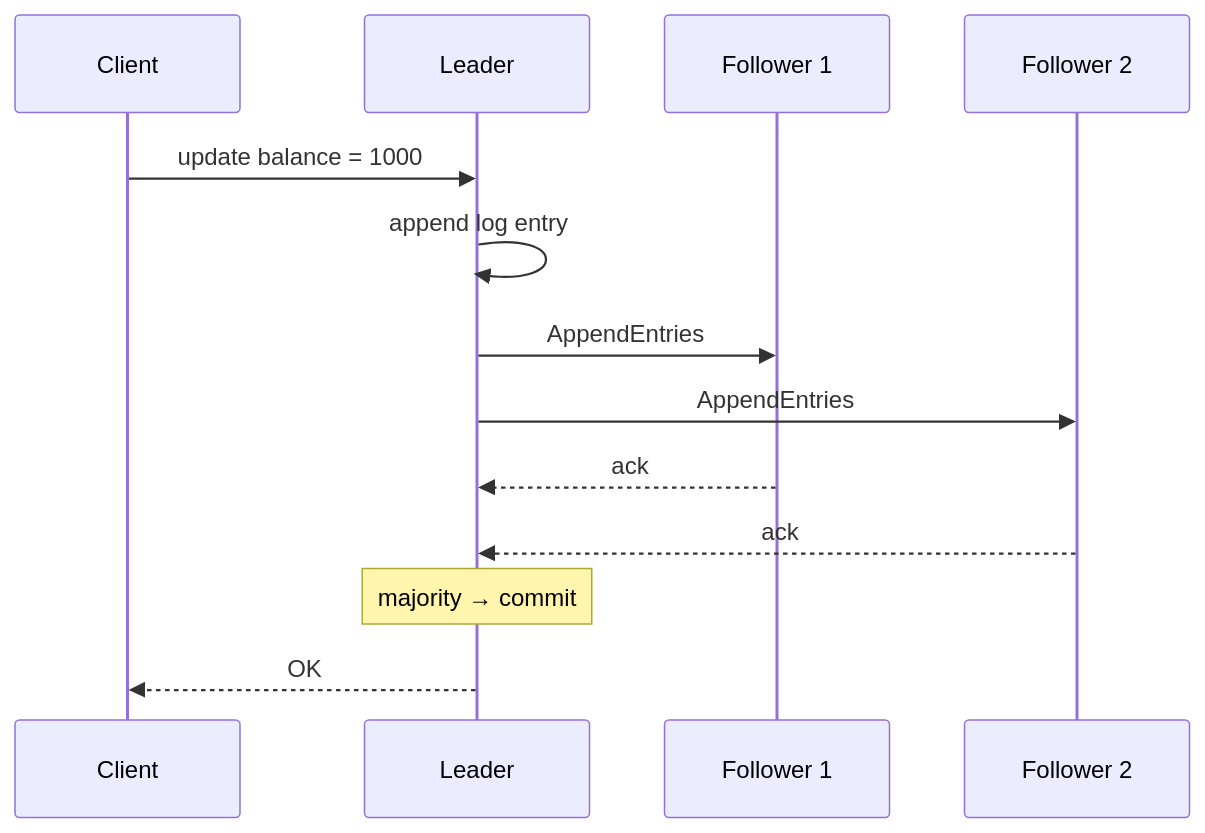
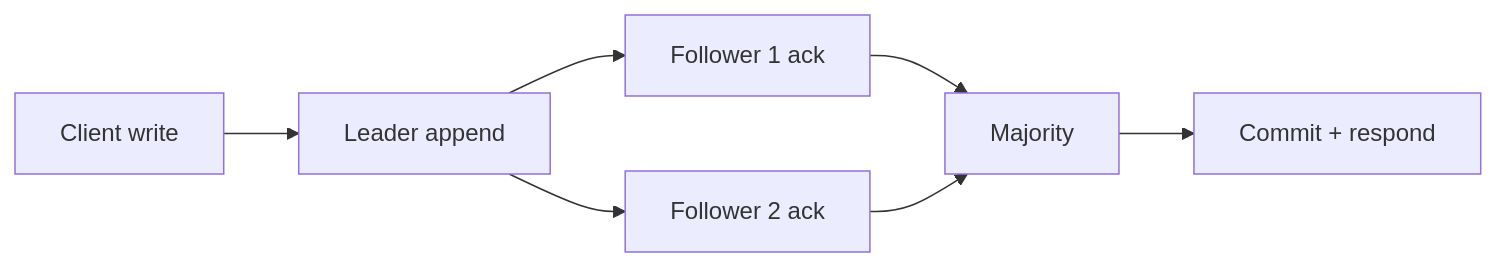
Before and after one commit to hareramcse/SystemDesign: diagram 36 of 43 in 05-distributed-databases/README.md, drawn with Mermaid. The commit also changed other lines of this file and 14 other files, not shown here.

````diff
--- a/05-distributed-databases/README.md
+++ b/05-distributed-databases/README.md
@@ -4548,15 +2426,9 @@
 ```mermaid
-sequenceDiagram
-    participant C as Client
-    participant L as Leader
-    participant F1 as Follower 1
-    participant F2 as Follower 2
-    C->>L: update balance = 1000
-    L->>L: append log entry
-    L->>F1: AppendEntries
-    L->>F2: AppendEntries
-    F1-->>L: ack
-    F2-->>L: ack
-    Note over L: majority → commit
-    L-->>C: OK
+flowchart LR
+    C[Client write] --> L[Leader append]
+    L --> F1[Follower 1 ack]
+    L --> F2[Follower 2 ack]
+    F1 --> Maj[Majority]
+    F2 --> Maj
+    Maj --> Commit[Commit + respond]
 ```
````
